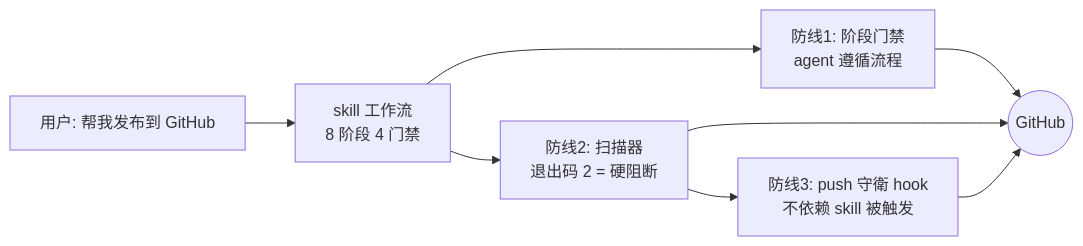
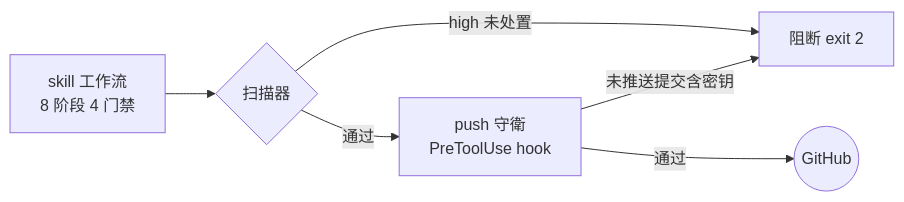
The diagram in README.md (XIAOXINYIHUA/safe-github-publish-v2), drawn with Mermaid before and after one commit. The commit also changed other lines of this file, not shown here.

````diff
--- a/README.md
+++ b/README.md
@@ -38,10 +23,8 @@
 ```mermaid
 flowchart LR
-    U[用户: 帮我发布到 GitHub] --> S[skill 工作流<br/>8 阶段 4 门禁]
-    S --> A[防线1: 阶段门禁<br/>agent 遵循流程]
-    S --> B[防线2: 扫描器<br/>退出码 2 = 硬阻断]
-    B --> C[防线3: push 守衛 hook<br/>不依赖 skill 被触发]
-    A --> P((GitHub))
-    B --> P
-    C --> P
+    A[skill 工作流<br>8 阶段 4 门禁] --> R{扫描器}
+    R -- "high 未处置" --> X[阻断 exit 2]
+    R -- 通过 --> G[push 守衛<br>PreToolUse hook]
+    G -- "未推送提交含密钥" --> X
+    G -- 通过 --> P((GitHub))
 ```
````
